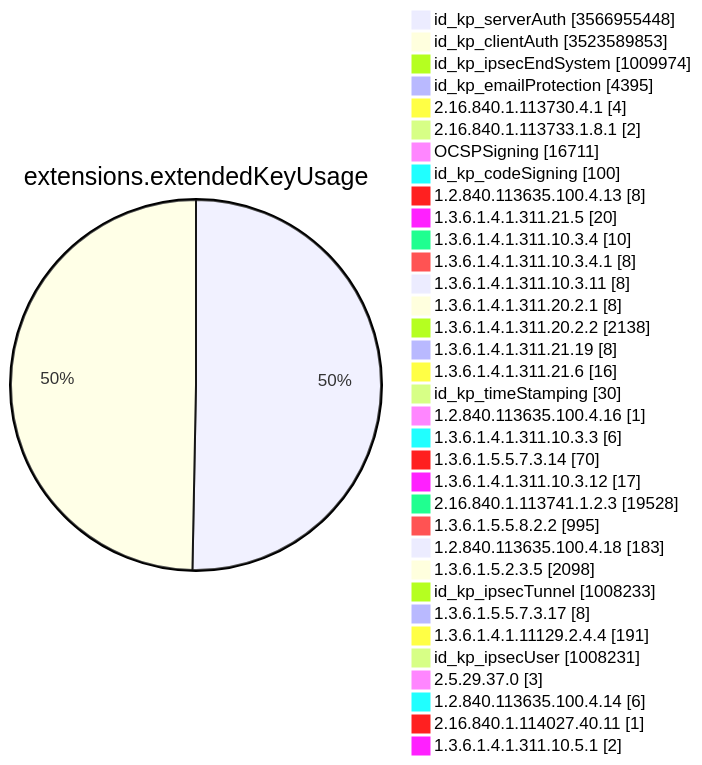
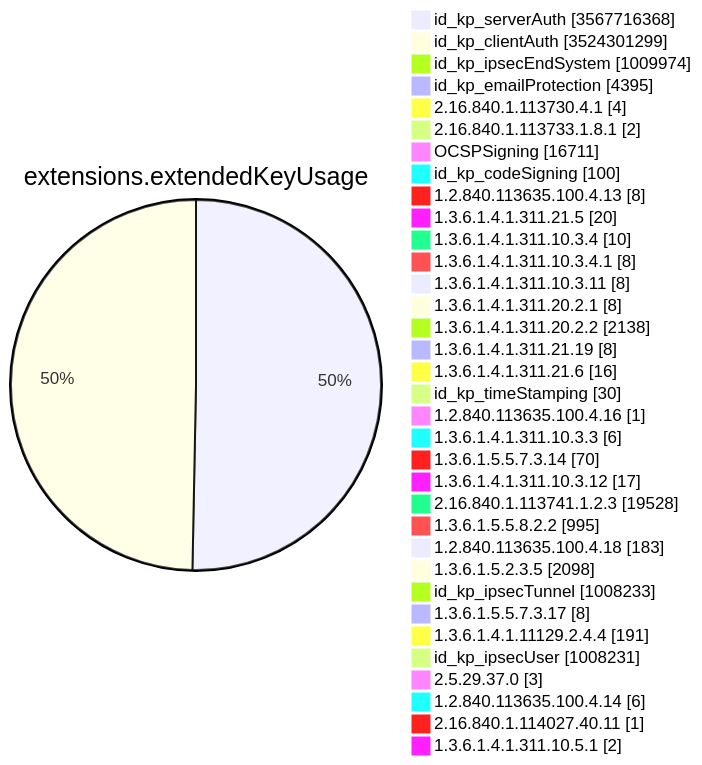
Diagram 11 of 15 in TOTAL/README.md (christiankrug/ctmonitor_visualization), drawn with Mermaid before and after one commit. The commit also changed other lines of this file, not shown here.

````diff
--- a/TOTAL/README.md
+++ b/TOTAL/README.md
@@ -4128,38 +4128,38 @@
 ```mermaid
 pie showData
 title extensions.extendedKeyUsage
-"id_kp_serverAuth" :3566955448
-"id_kp_clientAuth" :3523589853
+"id_kp_serverAuth" :3567716368
+"id_kp_clientAuth" :3524301299
 "id_kp_ipsecEndSystem" :1009974
 "id_kp_emailProtection" :4395
 "2.16.840.1.113730.4.1" :4
 "2.16.840.1.113733.1.8.1" :2
 "OCSPSigning" :16711
 "id_kp_codeSigning" :100
 "1.2.840.113635.100.4.13" :8
 "1.3.6.1.4.1.311.21.5" :20
 "1.3.6.1.4.1.311.10.3.4" :10
 "1.3.6.1.4.1.311.10.3.4.1" :8
 "1.3.6.1.4.1.311.10.3.11" :8
 "1.3.6.1.4.1.311.20.2.1" :8
 "1.3.6.1.4.1.311.20.2.2" :2138
 "1.3.6.1.4.1.311.21.19" :8
 "1.3.6.1.4.1.311.21.6" :16
 "id_kp_timeStamping" :30
 "1.2.840.113635.100.4.16" :1
 "1.3.6.1.4.1.311.10.3.3" :6
 "1.3.6.1.5.5.7.3.14" :70
 "1.3.6.1.4.1.311.10.3.12" :17
 "2.16.840.1.113741.1.2.3" :19528
 "1.3.6.1.5.5.8.2.2" :995
 "1.2.840.113635.100.4.18" :183
 "1.3.6.1.5.2.3.5" :2098
 "id_kp_ipsecTunnel" :1008233
 "1.3.6.1.5.5.7.3.17" :8
 "1.3.6.1.4.1.11129.2.4.4" :191
 "id_kp_ipsecUser" :1008231
 "2.5.29.37.0" :3
 "1.2.840.113635.100.4.14" :6
 "2.16.840.1.114027.40.11" :1
 "1.3.6.1.4.1.311.10.5.1" :2
 ```
````
